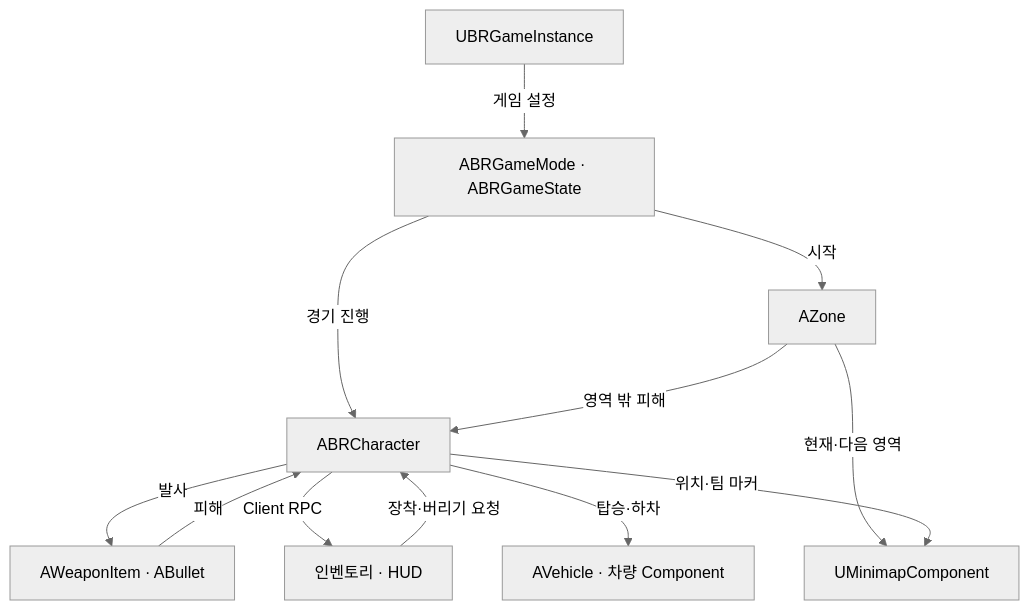
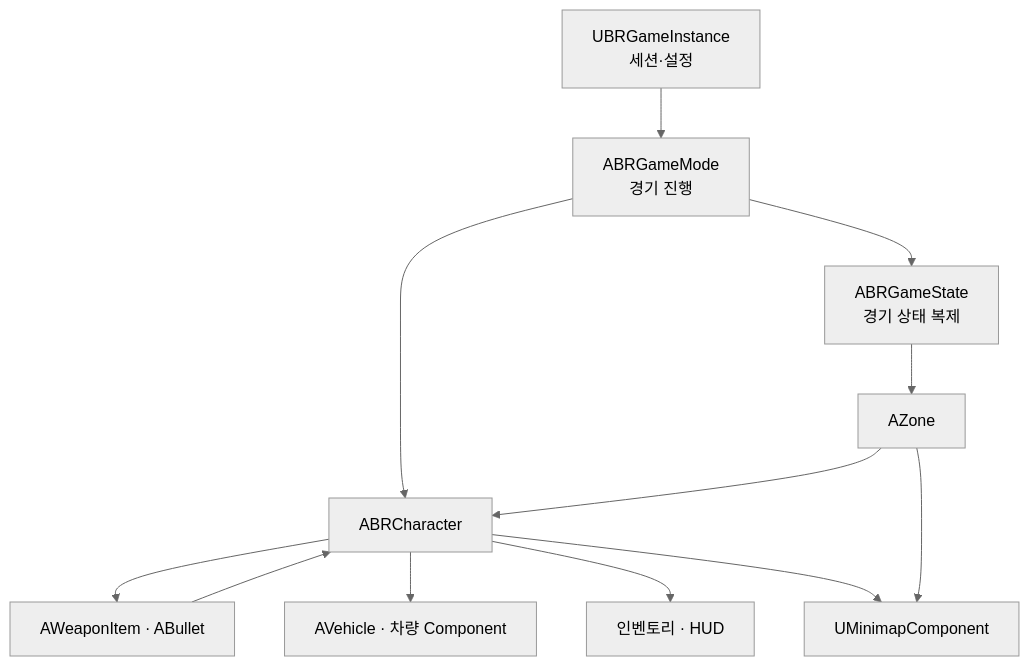
One commit to tjwjdah/Unreal5_Portfolio_BattleRoyale_multi changed the diagram in README.md. Above: the diagram before and after it, drawn with Mermaid (neutral theme). The commit also changed other lines of this file, not shown here.

````diff
--- a/README.md
+++ b/README.md
@@ -64,16 +64,17 @@
 ```mermaid
 flowchart TD
-    Instance["UBRGameInstance"] -->|게임 설정| Match["ABRGameMode · ABRGameState"]
-    Match -->|경기 진행| Player["ABRCharacter"]
-    Match -->|시작| Zone["AZone"]
+    Instance["UBRGameInstance<br/>세션·설정"] --> Mode["ABRGameMode<br/>경기 진행"]
+    Mode --> State["ABRGameState<br/>경기 상태 복제"]
+    Mode --> Player["ABRCharacter"]
+    State --> Zone["AZone"]
 
-    Player -->|발사| Combat["AWeaponItem · ABullet"]
-    Combat -->|피해| Player
-    Player -->|Client RPC| UI["인벤토리 · HUD"]
-    UI -->|장착·버리기 요청| Player
-    Player -->|탑승·하차| Vehicle["AVehicle · 차량 Component"]
+    Player --> Combat["AWeaponItem · ABullet"]
+    Combat --> Player
+    Player --> Vehicle["AVehicle · 차량 Component"]
+    Player --> UI["인벤토리 · HUD"]
+    Player --> Map["UMinimapComponent"]
 
-    Zone -->|영역 밖 피해| Player
-    Zone -->|현재·다음 영역| Map["UMinimapComponent"]
-    Player -->|위치·팀 마커| Map
+    Zone --> Player
+    Zone --> Map
+
 ```
````
